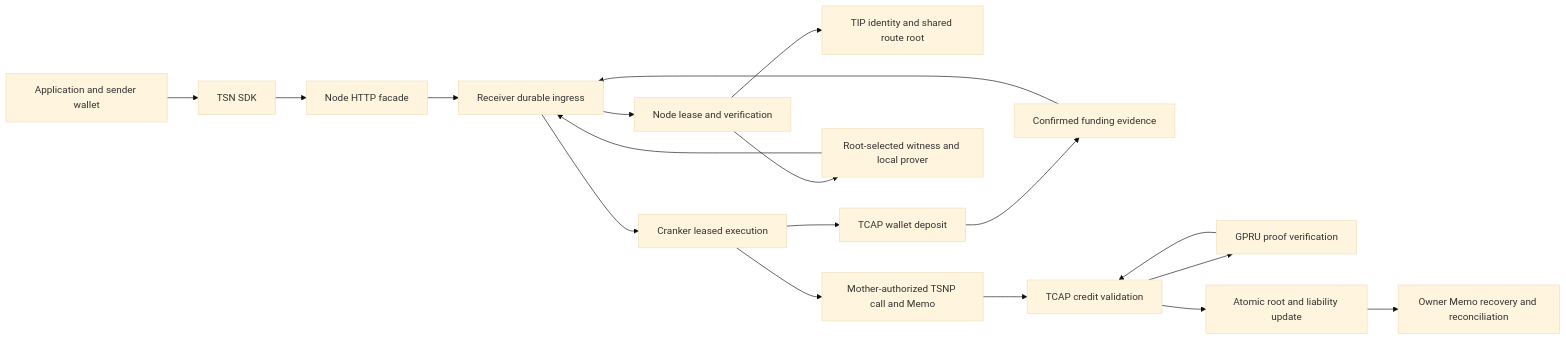
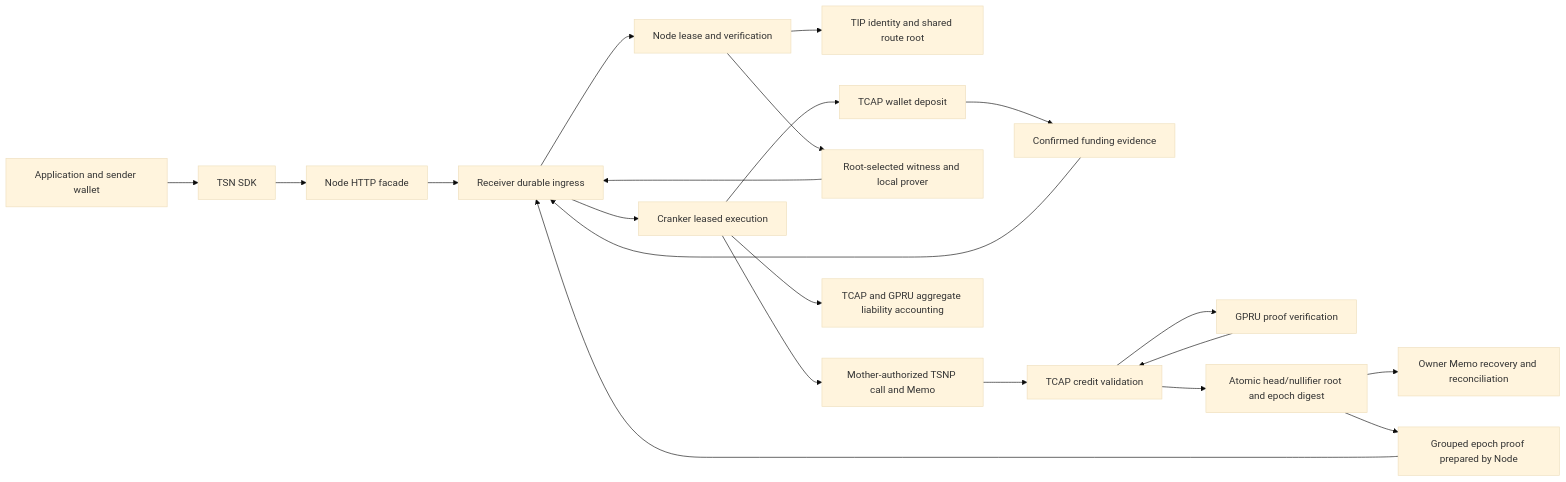
One commit to bigdreamsweb3/trustlink-pay changed the first of 2 diagrams in docs/laboratory/architecture-map.md. Above: the diagram before and after it, drawn with Mermaid (base theme). The commit also changed other lines of this file and 232 other files, not shown here.

````diff
--- a/docs/laboratory/architecture-map.md
+++ b/docs/laboratory/architecture-map.md
@@ -13,20 +13,23 @@
 ```mermaid
 flowchart LR
   App[Application and sender wallet] --> SDK[TSN SDK]
   SDK --> N[Node HTTP facade]
   N --> R[Receiver durable ingress]
   R --> V[Node lease and verification]
   V --> TIP[TIP identity and shared route root]
   R --> C[Cranker leased execution]
   C --> D[TCAP wallet deposit]
   D --> F[Confirmed funding evidence]
   F --> R
   V --> W[Root-selected witness and local prover]
   W --> R
   C --> M[Mother-authorized TSNP call and Memo]
   M --> T[TCAP credit validation]
   T --> G[GPRU proof verification]
   G --> T
-  T --> S[Atomic root and liability update]
+  T --> S[Atomic head/nullifier root and epoch digest]
   S --> O[Owner Memo recovery and reconciliation]
+  S --> E[Grouped epoch proof prepared by Node]
+  E --> R
+  C --> Q[TCAP and GPRU aggregate liability accounting]
 ```
````
